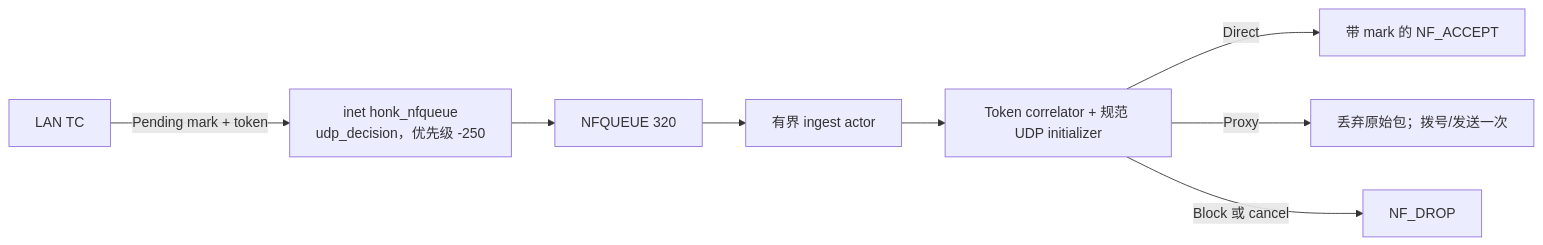
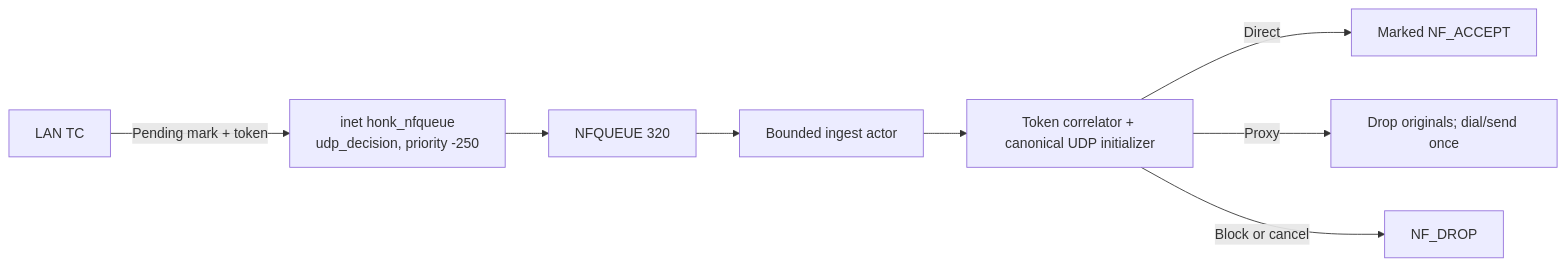
Before and after one commit to Glassyiris/honk: the diagram in doc/zh/design/nfqueue.md, drawn with Mermaid. The commit also changed other lines of this file and 21 other files, not shown here.

````diff
--- a/doc/zh/design/nfqueue.md
+++ b/doc/zh/design/nfqueue.md
@@ -33,10 +33,10 @@
 ```mermaid
 flowchart LR
-  TC[LAN TC] -->|Pending mark + token| NFT[inet honk_nfqueue<br/>udp_decision，优先级 -250]
+  TC[LAN TC] -->|Pending mark + token| NFT[inet honk_nfqueue<br/>udp_decision, priority -250]
   NFT --> Q[NFQUEUE 320]
-  Q --> A[有界 ingest actor]
-  A --> C[Token correlator + 规范 UDP initializer]
-  C -->|Direct| ACCEPT[带 mark 的 NF_ACCEPT]
-  C -->|Proxy| PROXY[丢弃原始包；拨号/发送一次]
-  C -->|Block 或 cancel| DROP[NF_DROP]
+  Q --> A[Bounded ingest actor]
+  A --> C[Token correlator + canonical UDP initializer]
+  C -->|Direct| ACCEPT[Marked NF_ACCEPT]
+  C -->|Proxy| PROXY[Drop originals; dial/send once]
+  C -->|Block or cancel| DROP[NF_DROP]
 ```
````
